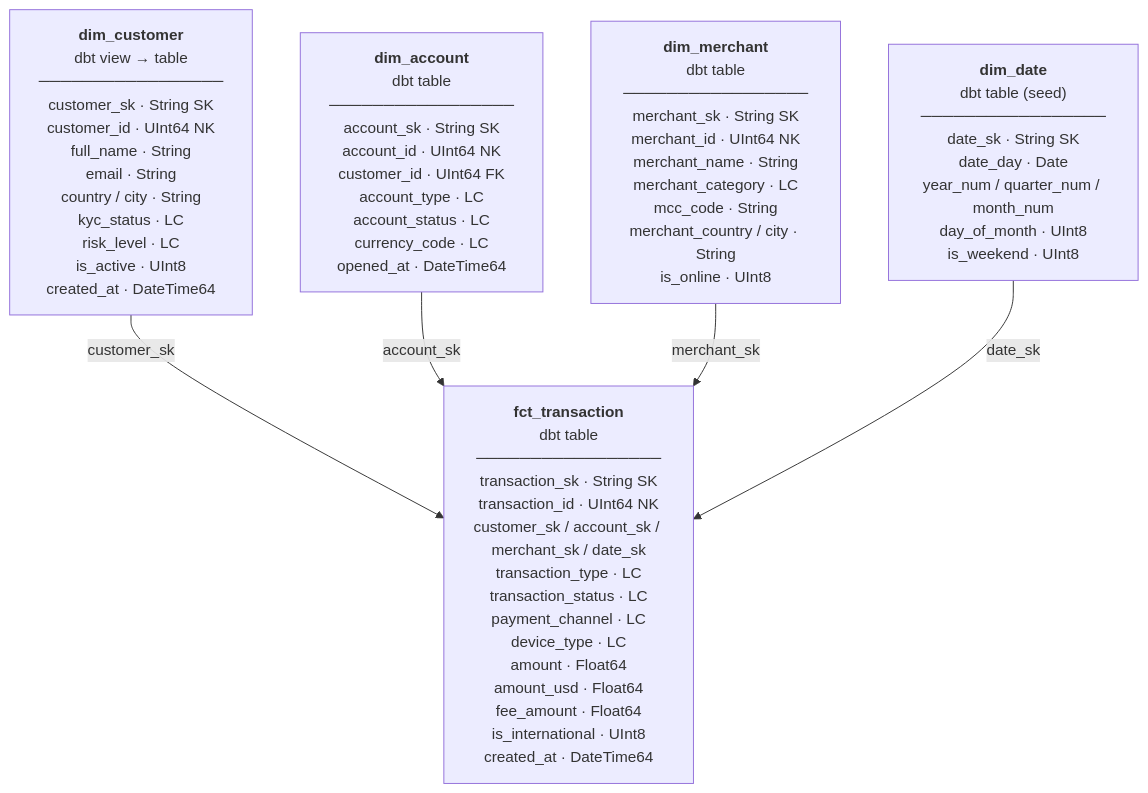
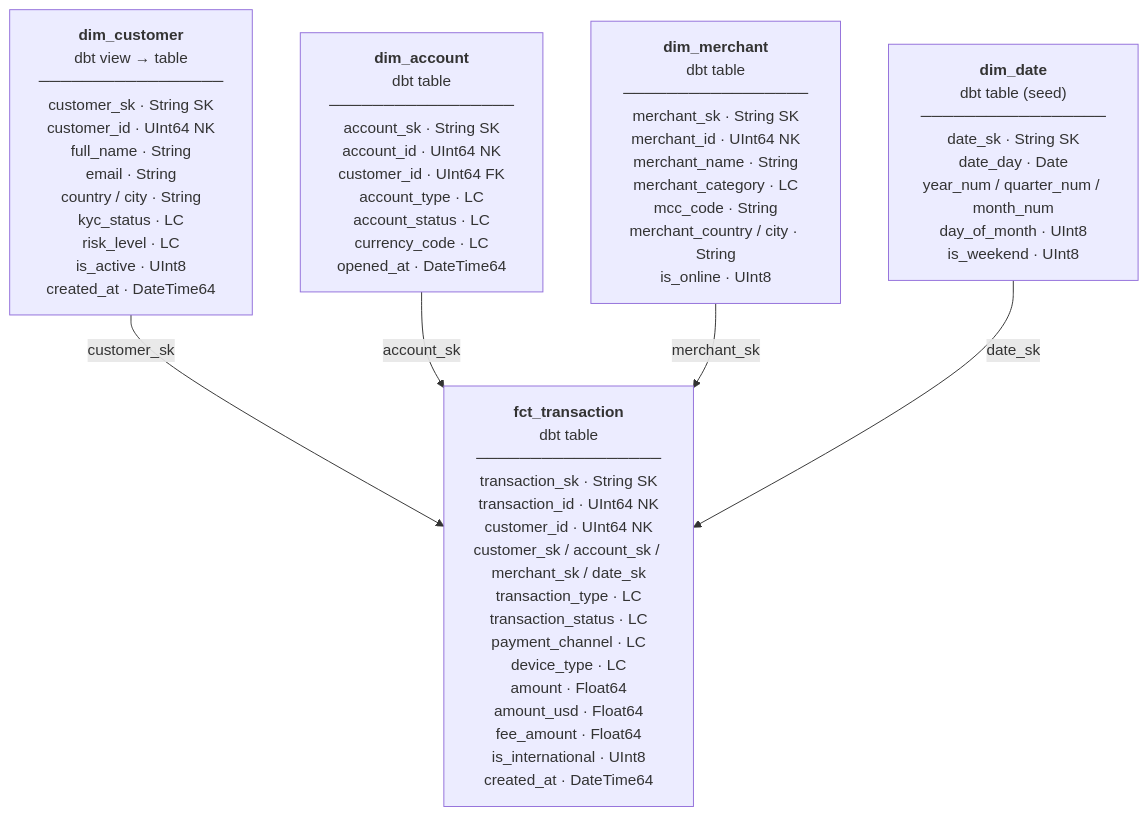
One commit to AndrewVerenich/data-pipelines changed the third of 5 diagrams in fintech-lakehouse-analytics/README.md. Above: the diagram before and after it, drawn with Mermaid. The commit also changed other lines of this file and 24 other files, not shown here.

````diff
--- a/fintech-lakehouse-analytics/README.md
+++ b/fintech-lakehouse-analytics/README.md
@@ -76,13 +76,13 @@
 ```mermaid
 flowchart TB
   DC["<b>dim_customer</b><br>dbt view → table<br>─────────────────<br>customer_sk · String SK<br>customer_id · UInt64 NK<br>full_name · String<br>email · String<br>country / city · String<br>kyc_status · LC<br>risk_level · LC<br>is_active · UInt8<br>created_at · DateTime64"]
   DA["<b>dim_account</b><br>dbt table<br>─────────────────<br>account_sk · String SK<br>account_id · UInt64 NK<br>customer_id · UInt64 FK<br>account_type · LC<br>account_status · LC<br>currency_code · LC<br>opened_at · DateTime64"]
   DM["<b>dim_merchant</b><br>dbt table<br>─────────────────<br>merchant_sk · String SK<br>merchant_id · UInt64 NK<br>merchant_name · String<br>merchant_category · LC<br>mcc_code · String<br>merchant_country / city · String<br>is_online · UInt8"]
   DD["<b>dim_date</b><br>dbt table (seed)<br>─────────────────<br>date_sk · String SK<br>date_day · Date<br>year_num / quarter_num / month_num<br>day_of_month · UInt8<br>is_weekend · UInt8"]
-  FT["<b>fct_transaction</b><br>dbt table<br>─────────────────<br>transaction_sk · String SK<br>transaction_id · UInt64 NK<br>customer_sk / account_sk / merchant_sk / date_sk<br>transaction_type · LC<br>transaction_status · LC<br>payment_channel · LC<br>device_type · LC<br>amount · Float64<br>amount_usd · Float64<br>fee_amount · Float64<br>is_international · UInt8<br>created_at · DateTime64"]
+  FT["<b>fct_transaction</b><br>dbt table<br>─────────────────<br>transaction_sk · String SK<br>transaction_id · UInt64 NK<br>customer_id · UInt64 NK<br>customer_sk / account_sk / merchant_sk / date_sk<br>transaction_type · LC<br>transaction_status · LC<br>payment_channel · LC<br>device_type · LC<br>amount · Float64<br>amount_usd · Float64<br>fee_amount · Float64<br>is_international · UInt8<br>created_at · DateTime64"]
 
   DC -->|"customer_sk"| FT
   DA -->|"account_sk"| FT
   DM -->|"merchant_sk"| FT
   DD -->|"date_sk"| FT
 ```
````
